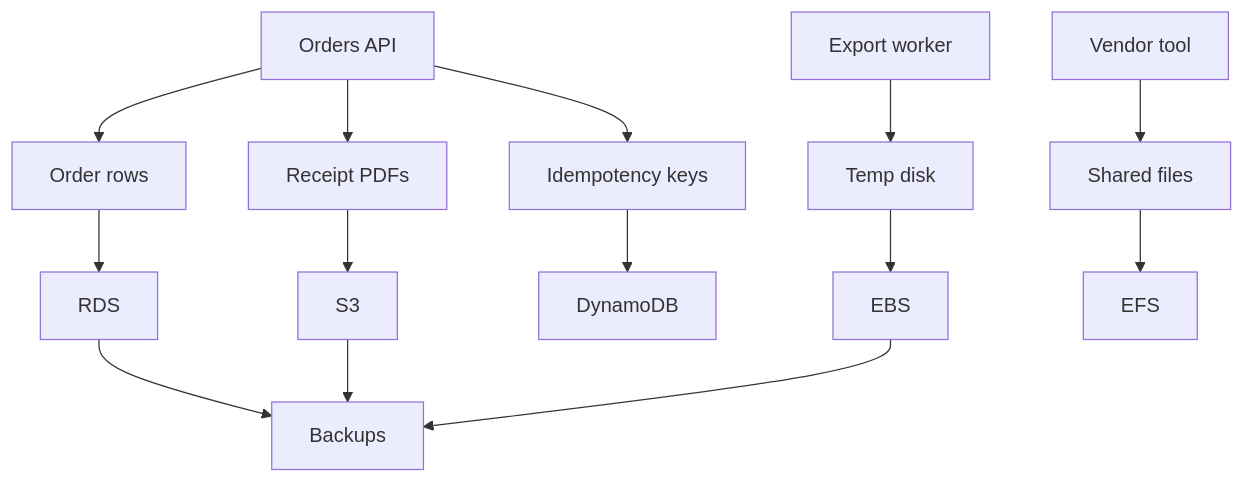
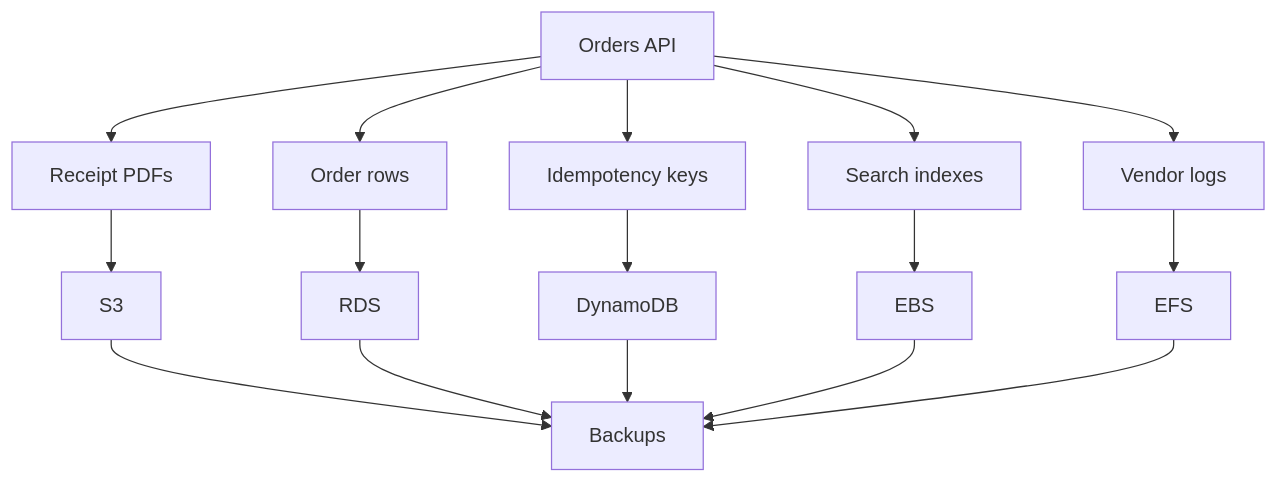
The diagram in cloud-providers/aws/storage-databases/storage-database-mental-model.md (senlinyy/dev-roadmaps), drawn with Mermaid before and after one commit. The commit also changed other lines of this file and 58 other files, not shown here.

````diff
--- a/cloud-providers/aws/storage-databases/storage-database-mental-model.md
+++ b/cloud-providers/aws/storage-databases/storage-database-mental-model.md
@@ -149,18 +95,20 @@
 ```mermaid
-flowchart TB
-    App["Orders API"] --> Orders["Order rows"]
-    App --> Receipts["Receipt PDFs"]
-    App --> Keys["Idempotency keys"]
-    Worker["Export worker"] --> Disk["Temp disk"]
-    Vendor["Vendor tool"] --> Files["Shared files"]
+flowchart TD
+    App["Orders API"] --> Objects["Receipt PDFs"]
+    App --> Relational["Order rows"]
+    App --> KeyValue["Idempotency keys"]
+    App --> Block["Search indexes"]
+    App --> Shared["Vendor logs"]
 
-    Orders --> RDS["RDS"]
-    Receipts --> S3["S3"]
-    Keys --> Dynamo["DynamoDB"]
-    Disk --> EBS["EBS"]
-    Files --> EFS["EFS"]
+    Objects --> S3["S3"]
+    Relational --> RDS["RDS"]
+    KeyValue --> Dynamo["DynamoDB"]
+    Block --> EBS["EBS"]
+    Shared --> EFS["EFS"]
 
-    RDS --> Recovery["Backups"]
-    S3 --> Recovery
+    S3 --> Recovery["Backups"]
+    RDS --> Recovery
+    Dynamo --> Recovery
     EBS --> Recovery
+    EFS --> Recovery
 ```
````
